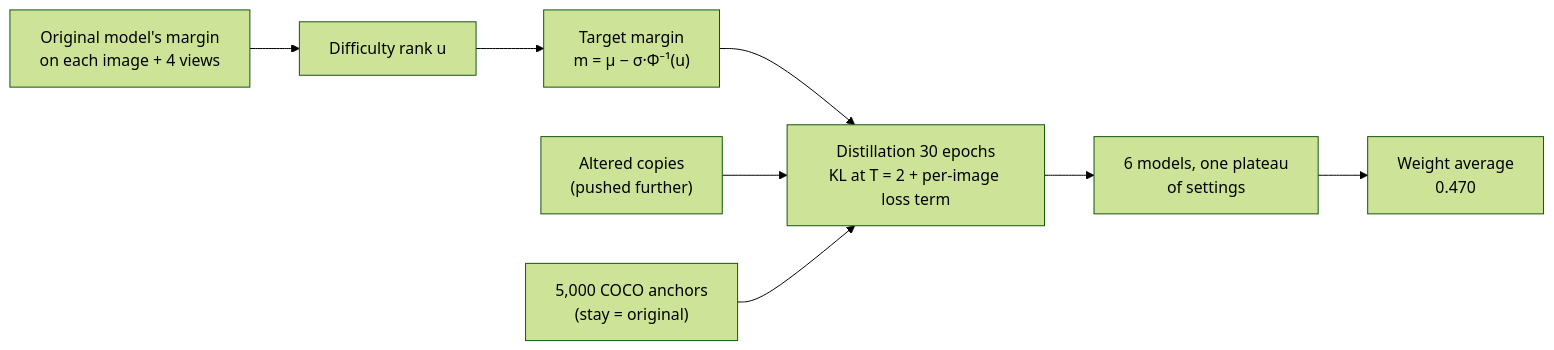
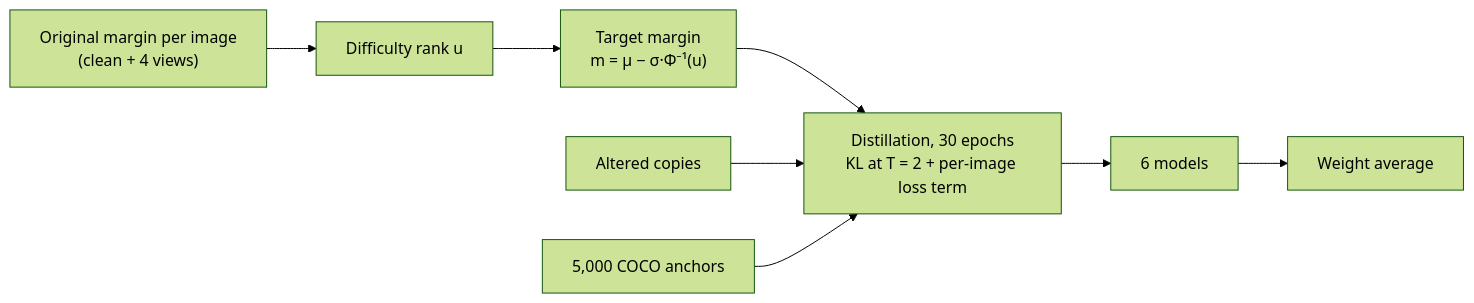
Before and after one commit to no0e/European_ai_championship: the second of 2 diagrams in task3/README.md, drawn with Mermaid (forest theme). The commit also changed other lines of this file and 17 other files, not shown here.

````diff
--- a/task3/README.md
+++ b/task3/README.md
@@ -41,10 +40,10 @@
 ```mermaid
 flowchart LR
-    A["Original model's margin<br/>on each image + 4 views"] --> B["Difficulty rank u"]
+    A["Original margin per image<br/>(clean + 4 views)"] --> B["Difficulty rank u"]
     B --> C["Target margin<br/>m = μ − σ·Φ⁻¹(u)"]
-    C --> D["Distillation 30 epochs<br/>KL at T = 2 + per-image loss term"]
-    E["Altered copies<br/>(pushed further)"] --> D
-    F["5,000 COCO anchors<br/>(stay = original)"] --> D
-    D --> G["6 models, one plateau<br/>of settings"]
-    G --> H["Weight average<br/>0.470"]
+    C --> D["Distillation, 30 epochs<br/>KL at T = 2 + per-image loss term"]
+    E["Altered copies"] --> D
+    F["5,000 COCO anchors"] --> D
+    D --> G["6 models"]
+    G --> H["Weight average"]
 ```
````
